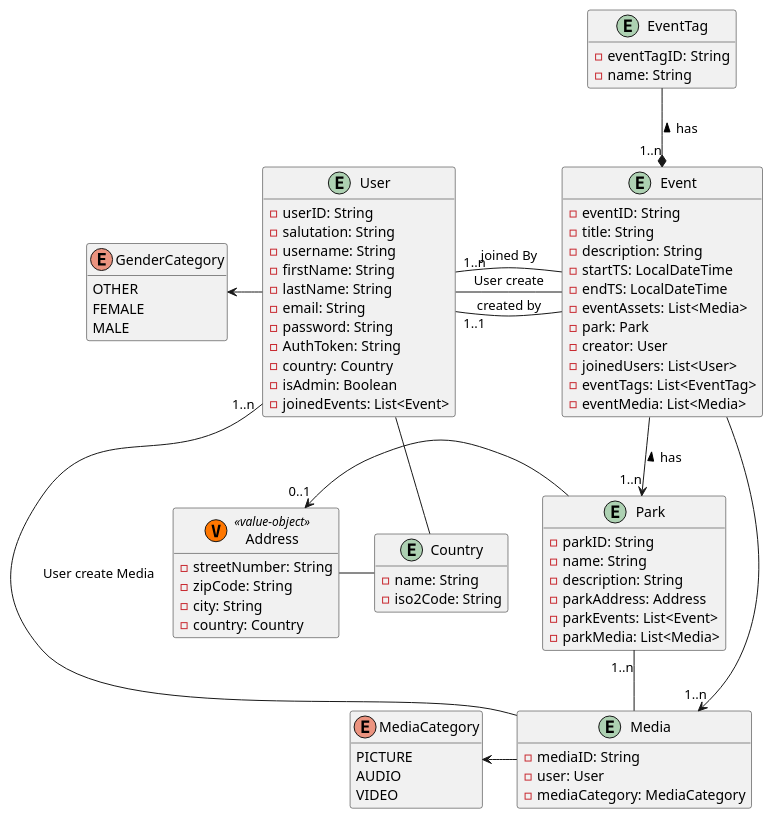
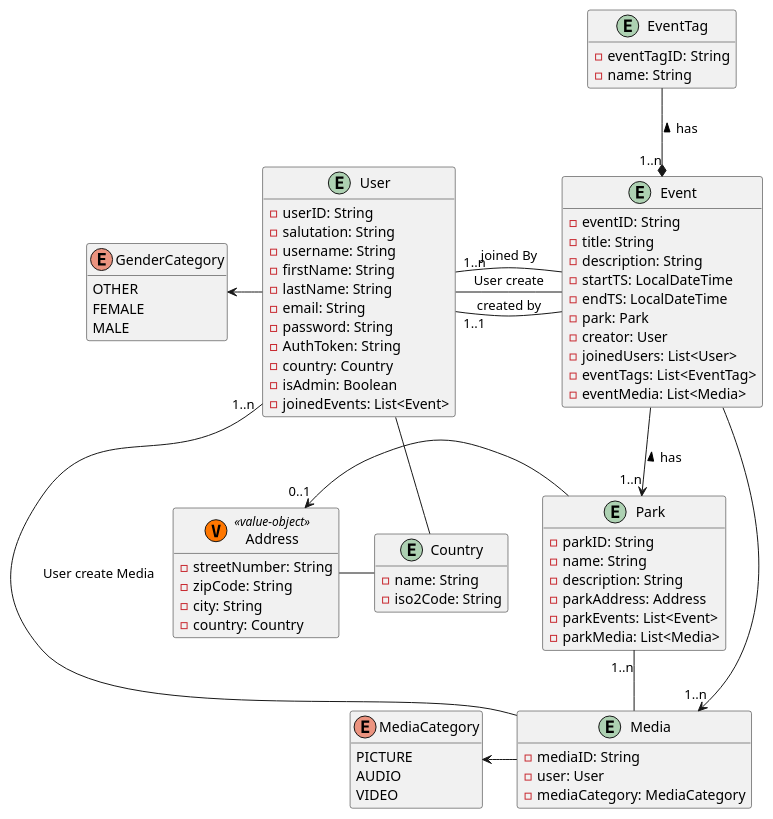
Before and after one commit to Lucaww23e013/ParkPal_Backend: the diagram in uml/domain.puml, drawn with PlantUML. The commit also changed 28 other files, not shown here.

```diff
--- a/uml/domain.puml
+++ b/uml/domain.puml
@@ -1,93 +1,92 @@
 @startuml
 'https://plantuml.com/class-diagram
 
 hide empty methods
 
 entity User {
     - userID: String
     - salutation: String
     - username: String
     - firstName: String
     - lastName: String
     - email: String
     - password: String
     - AuthToken: String
     - country: Country
     - isAdmin: Boolean
     - joinedEvents: List<Event>
 }
 
 enum GenderCategory {
     OTHER
     FEMALE
     MALE
 }
 
 entity Event {
     - eventID: String
     - title: String
     - description: String
     - startTS: LocalDateTime
     - endTS: LocalDateTime
-    - eventAssets: List<Media>
     - park: Park
     - creator: User
     - joinedUsers: List<User>
     - eventTags: List<EventTag>
     - eventMedia: List<Media>
 }
 
 entity EventTag {
     - eventTagID: String
     - name: String
 }
 
 entity Media {
     - mediaID: String
     - user: User
     - mediaCategory: MediaCategory
 }
 
 enum MediaCategory {
     PICTURE
     AUDIO
     VIDEO
 }
 
 entity Park {
     - parkID: String
     - name: String
     - description: String
     - parkAddress: Address
     - parkEvents: List<Event>
     - parkMedia: List<Media>
 }
 
 class Address <<(V, #FF7700) value-object>> {
     - streetNumber: String
     - zipCode: String
     - city: String
     - country: Country
 }
 
 entity Country {
     - name: String
     - iso2Code: String
 }
 
 User "1..1" -- Event : created by
 Event -[hidden]- User
 Event --> "1..n" Park : has <
 Event -left- "1..n" User : joined By
 EventTag --* "1..n" Event : has <
 Media "1..n" <-- Event
 User "1..n" -- Media : User create Media
 User -- Event : User create
 Park "1..n" -- Media
 User -- Country
 Address - Country
 Park -left> "0..1" Address
 Media -left-> MediaCategory
 User -left> GenderCategory
 
 @enduml
```
